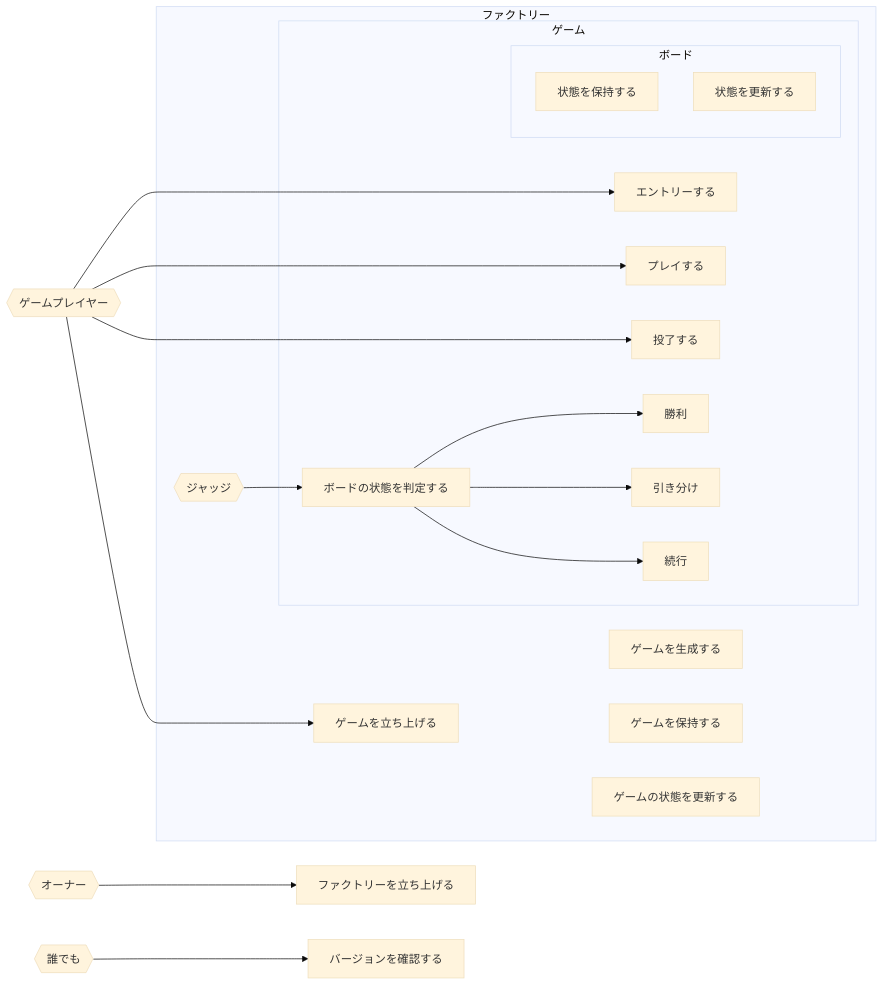
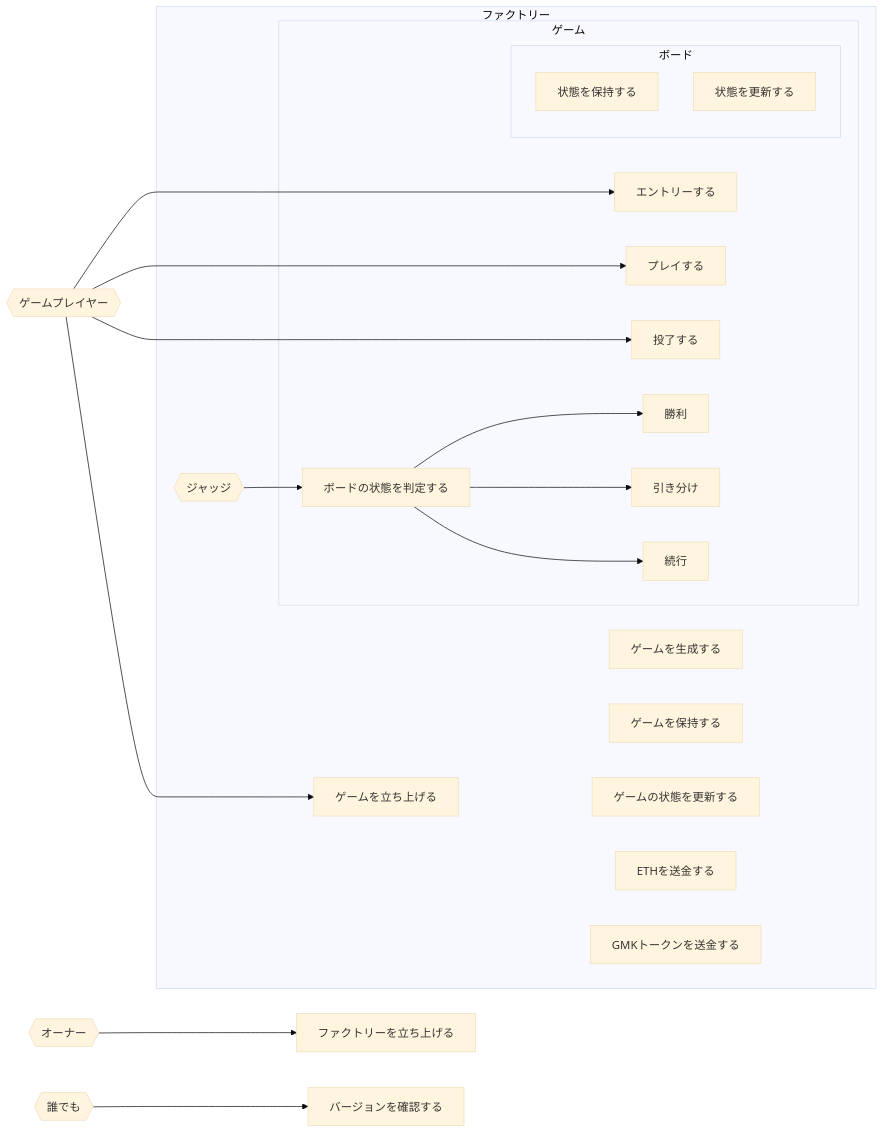
One commit to 0xHaku/preprod-gomoku changed the diagram in doc/usecase.md. Above: the diagram before and after it, drawn with Mermaid (base theme). The commit also changed 12 other files, not shown here.

````diff
--- a/doc/usecase.md
+++ b/doc/usecase.md
@@ -1,48 +1,52 @@
 ```mermaid
     flowchart LR
 
     ow{{オーナー}}
     p{{ゲームプレイヤー}}
     j{{ジャッジ}}
     e{{誰でも}}
 
     ow--->OW1[ファクトリーを立ち上げる]
     F1[ゲームを生成する]
     F2[ゲームを保持する]
     F3[ゲームの状態を更新する]
+    F4[ETHを送金する]
+    F5[GMKトークンを送金する]
     p--->P1[ゲームを立ち上げる]
     p---->P2[エントリーする]
     p---->P3[プレイする]
     p---->P4[投了する]
 
     j-->J1[ボードの状態を判定する]
     J1-->J1J1[勝利]
     J1-->J1J2[引き分け]
     J1-->J1J3[続行]
 
     B1[状態を保持する]
     B2[状態を更新する]
 
     e--->E1[バージョンを確認する]
 
     subgraph ファクトリー
         P1
         F1
         F2
         F3
+        F4
+        F5
         j
         subgraph ゲーム
             P2
             P3
             P4
             J1
             J1J1
             J1J2
             J1J3
             subgraph ボード
                 B1
                 B2
             end
         end
     end
 ```
````
